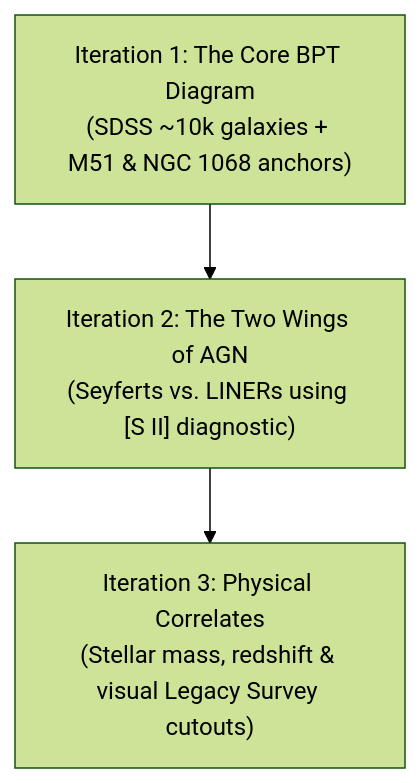
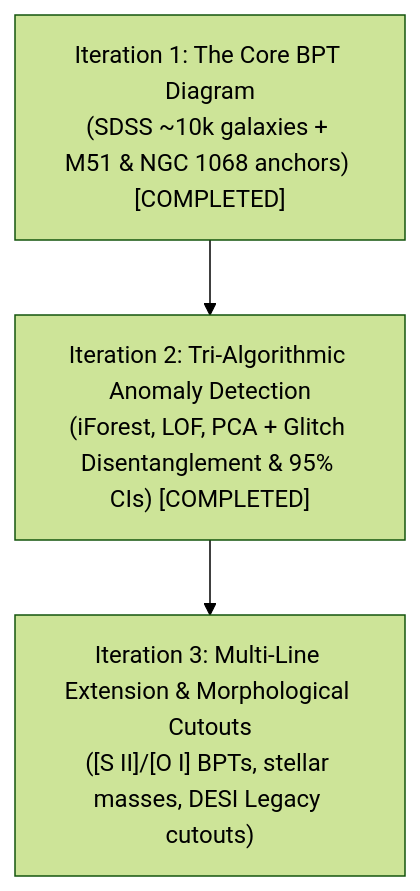
The diagram in PLAN.md (adityavsb/bpt-diagram-sdss), drawn with Mermaid (forest theme) before and after one commit. The commit also changed other lines of this file and 10 other files, not shown here.

First line of the commit message:
feat: implement tri-algorithmic anomaly detection & 95% CI glitch filter

````diff
--- a/PLAN.md
+++ b/PLAN.md
@@ -37,5 +37,5 @@
 ```mermaid
 flowchart TD
-    I1["Iteration 1: The Core BPT Diagram<br/>(SDSS ~10k galaxies + M51 & NGC 1068 anchors)"] --> I2["Iteration 2: The Two Wings of AGN<br/>(Seyferts vs. LINERs using [S II] diagnostic)"]
-    I2 --> I3["Iteration 3: Physical Correlates<br/>(Stellar mass, redshift & visual Legacy Survey cutouts)"]
+    I1["Iteration 1: The Core BPT Diagram<br/>(SDSS ~10k galaxies + M51 & NGC 1068 anchors) [COMPLETED]"] --> I2["Iteration 2: Tri-Algorithmic Anomaly Detection<br/>(iForest, LOF, PCA + Glitch Disentanglement & 95% CIs) [COMPLETED]"]
+    I2 --> I3["Iteration 3: Multi-Line Extension & Morphological Cutouts<br/>([S II]/[O I] BPTs, stellar masses, DESI Legacy cutouts)"]
 ```
````
